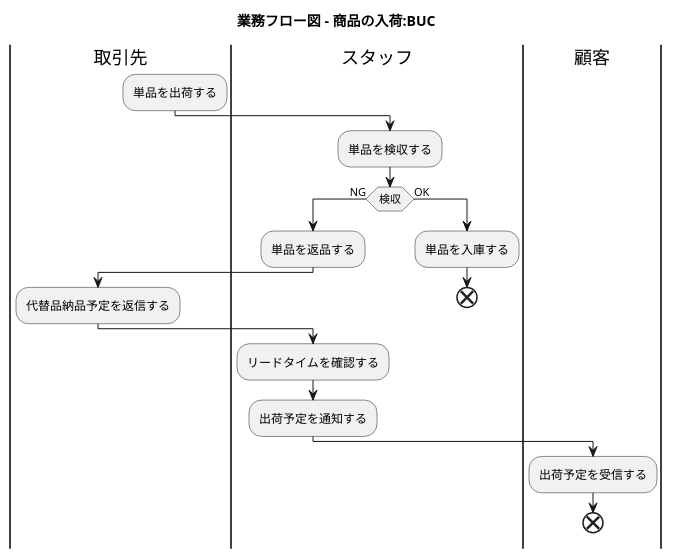
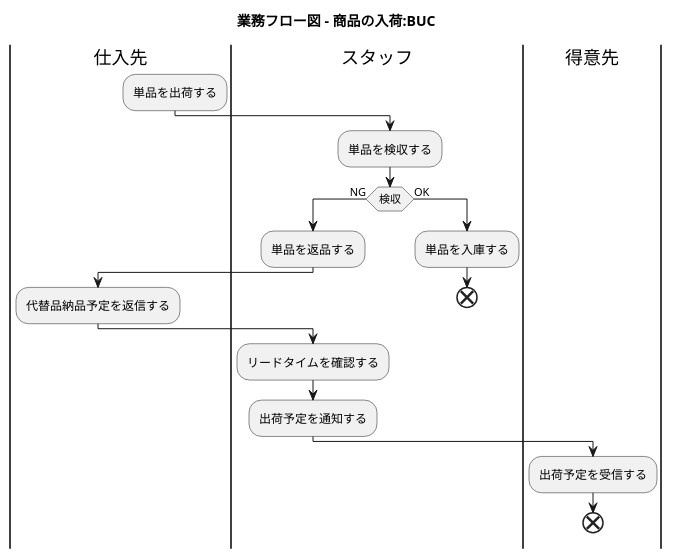
Before and after one commit to k2works/application_programing_excercise_2022: diagram 13 of 28 in docs/index.adoc, drawn with PlantUML. The commit also changed other lines of this file, not shown here.

```diff
--- a/docs/index.adoc
+++ b/docs/index.adoc
@@ -458,27 +460,27 @@
 [plantuml]
 ----
 @startuml
 
 title 業務フロー図 - 商品の入荷:BUC
-|取引先|
+|仕入先|
 :単品を出荷する;
 |スタッフ|
 :単品を検収する;
 if (検収) then (NG)
  :単品を返品する;
- |取引先|
+ |仕入先|
  :代替品納品予定を返信する;
  |スタッフ|
  :リードタイムを確認する;
  :出荷予定を通知する;
- |顧客|
+ |得意先|
  :出荷予定を受信する;
  end
 else (OK)
  |スタッフ|
  :単品を入庫する;
  end
 endif
 
 @enduml
 ----
```
